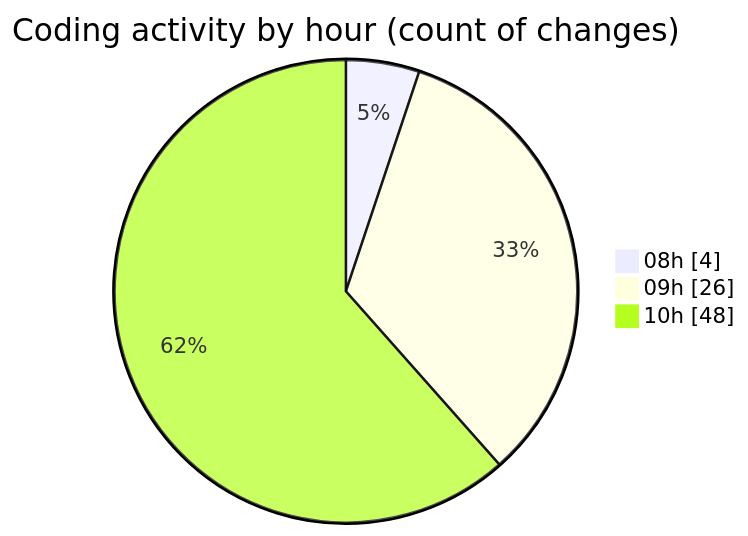
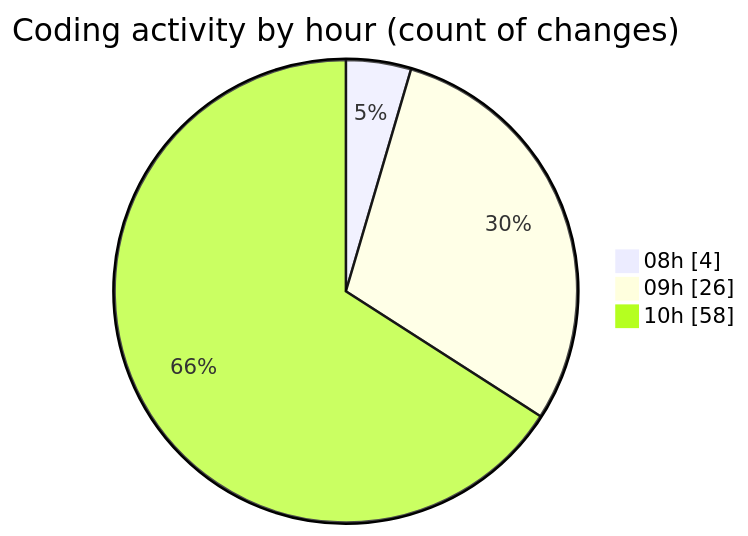
Before and after one commit to becaeroporto-bot/code-tracking: the second of 2 diagrams in 2026-02-19/bot_v1_2/README.md, drawn with Mermaid. The commit also changed other lines of this file and 1 other file, not shown here.

````diff
--- a/2026-02-19/bot_v1_2/README.md
+++ b/2026-02-19/bot_v1_2/README.md
@@ -35,7 +35,7 @@
 ```mermaid
 pie showData
 title Coding activity by hour (count of changes)
 "08h" : 4
 "09h" : 26
-"10h" : 48
+"10h" : 58
 ```
````
